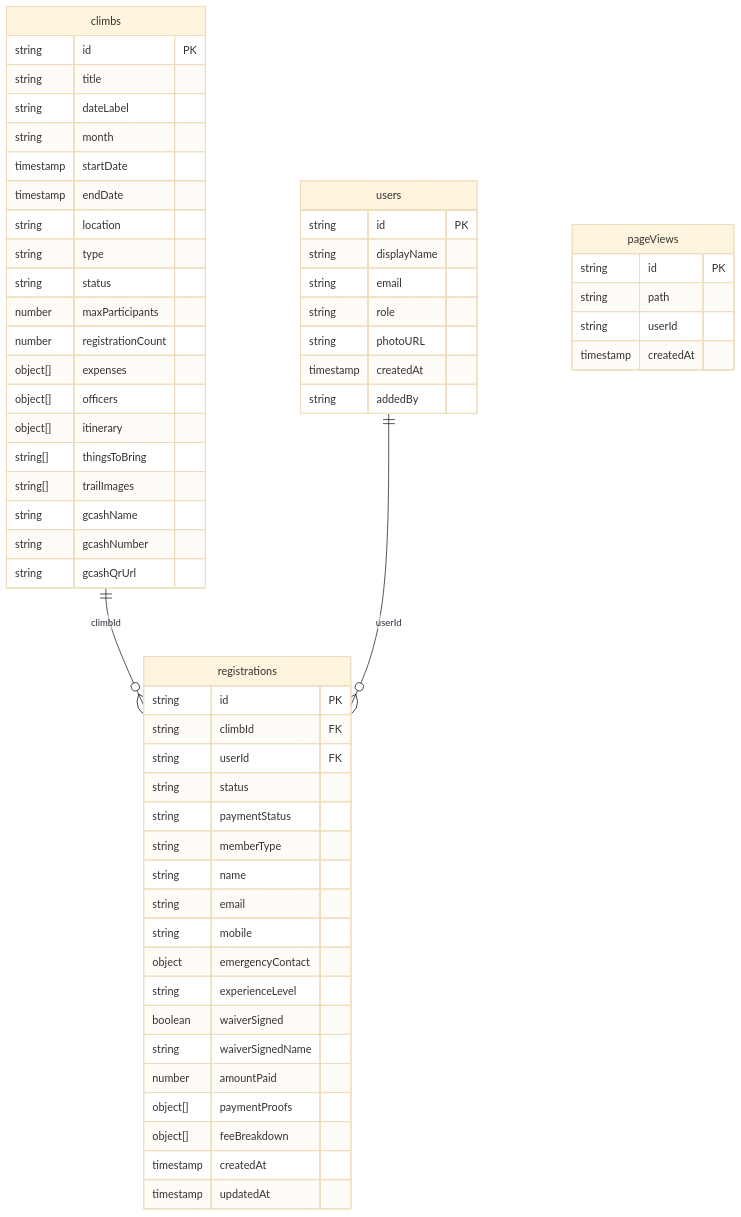
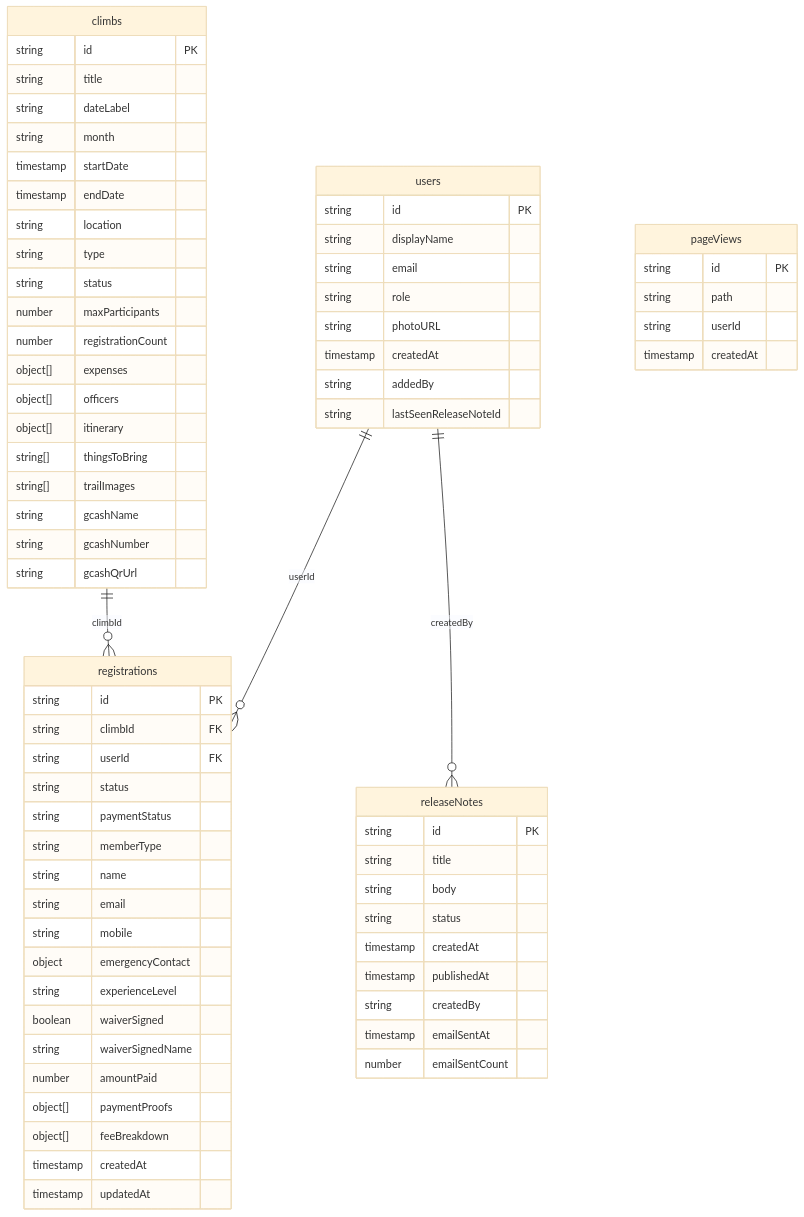
The seventh of 13 diagrams in docs/ARCHITECTURE.md (Oweeboi011/mms-open-climbs), drawn with Mermaid (base theme) before and after one commit. The commit also changed other lines of this file and 9 other files, not shown here.

First line of the commit message:
feat: Implement Release Notes feature with admin publishing and member notifications

````diff
--- a/docs/ARCHITECTURE.md
+++ b/docs/ARCHITECTURE.md
@@ -237,65 +259,79 @@
 ```mermaid
 erDiagram
     climbs {
         string id PK
         string title
         string dateLabel
         string month
         timestamp startDate
         timestamp endDate
         string location
         string type
         string status
         number maxParticipants
         number registrationCount
         object[] expenses
         object[] officers
         object[] itinerary
         string[] thingsToBring
         string[] trailImages
         string gcashName
         string gcashNumber
         string gcashQrUrl
     }
 
     registrations {
         string id PK
         string climbId FK
         string userId FK
         string status
         string paymentStatus
         string memberType
         string name
         string email
         string mobile
         object emergencyContact
         string experienceLevel
         boolean waiverSigned
         string waiverSignedName
         number amountPaid
         object[] paymentProofs
         object[] feeBreakdown
         timestamp createdAt
         timestamp updatedAt
     }
 
     users {
         string id PK
         string displayName
         string email
         string role
         string photoURL
         timestamp createdAt
         string addedBy
+        string lastSeenReleaseNoteId
     }
 
     pageViews {
         string id PK
         string path
         string userId
         timestamp createdAt
     }
 
+    releaseNotes {
+        string id PK
+        string title
+        string body
+        string status
+        timestamp createdAt
+        timestamp publishedAt
+        string createdBy
+        timestamp emailSentAt
+        number emailSentCount
+    }
+
     climbs ||--o{ registrations : "climbId"
     users ||--o{ registrations : "userId"
+    users ||--o{ releaseNotes : "createdBy"
 ```
````
